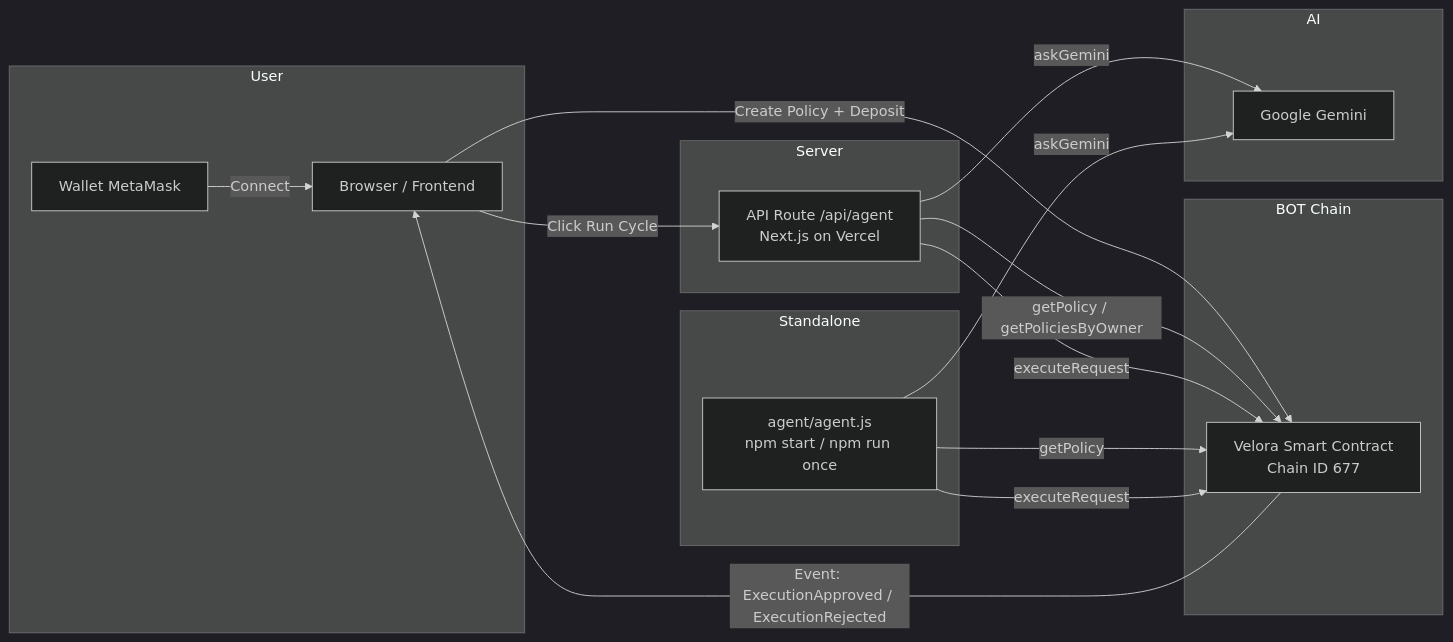
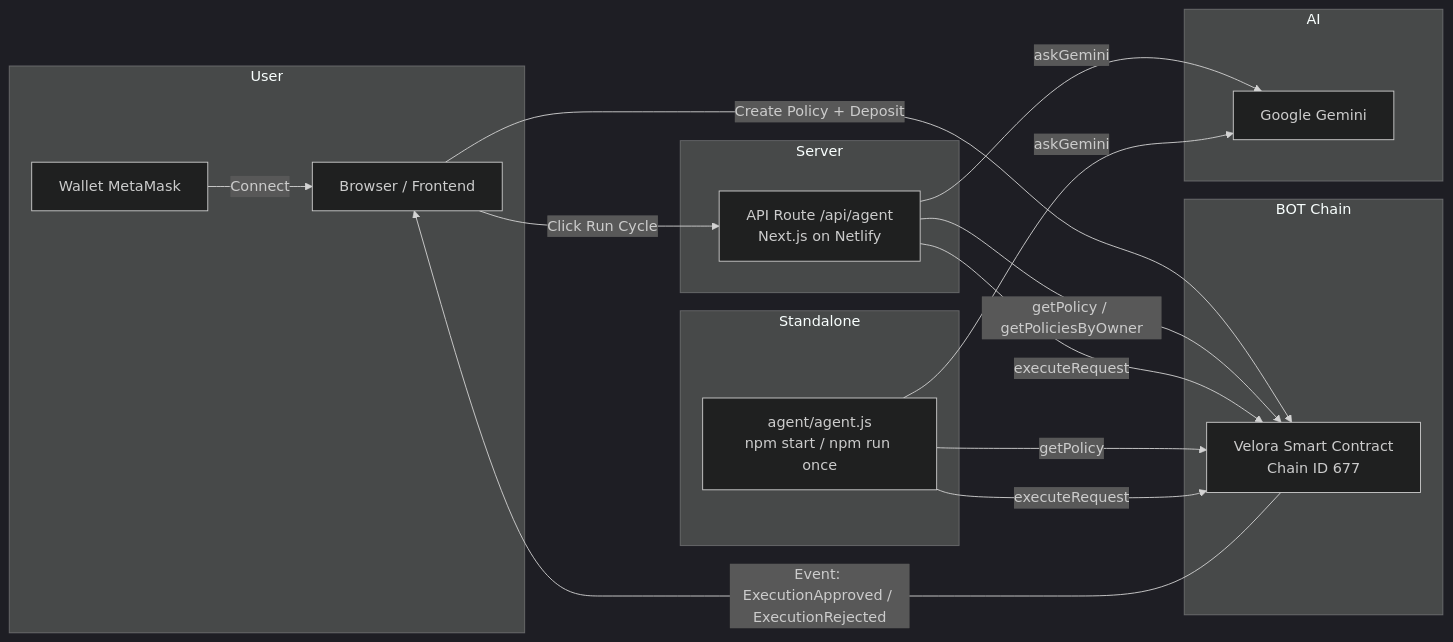
The first of 3 diagrams in README.md (bayuapriansyah/velora), drawn with Mermaid (dark theme) before and after one commit. The commit also changed other lines of this file and 38 other files, not shown here.

````diff
--- a/README.md
+++ b/README.md
@@ -61,34 +61,34 @@
 ```mermaid
 flowchart LR
     subgraph User
         W[Wallet MetaMask]
         UI[Browser / Frontend]
     end
 
     subgraph Server
-        API[API Route /api/agent<br/>Next.js on Vercel]
+        API[API Route /api/agent<br/>Next.js on Netlify]
     end
 
     subgraph "BOT Chain"
         C[Velora Smart Contract<br/>Chain ID 677]
     end
 
     subgraph "AI"
         LLM[Google Gemini]
     end
 
     subgraph "Standalone"
         S[agent/agent.js<br/>npm start / npm run once]
     end
 
     W -->|Connect| UI
     UI -->|Create Policy + Deposit| C
     UI -->|Click Run Cycle| API
     API -->|getPolicy / getPoliciesByOwner| C
     API -->|askGemini| LLM
     API -->|executeRequest| C
     S -->|getPolicy| C
     S -->|askGemini| LLM
     S -->|executeRequest| C
     C -->|Event: ExecutionApproved / ExecutionRejected| UI
 ```
````
